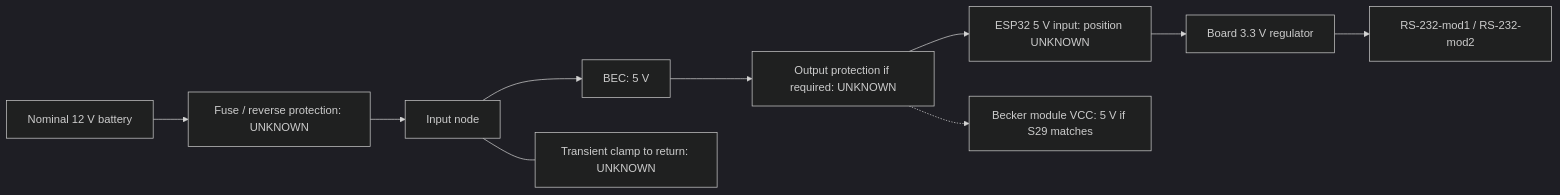
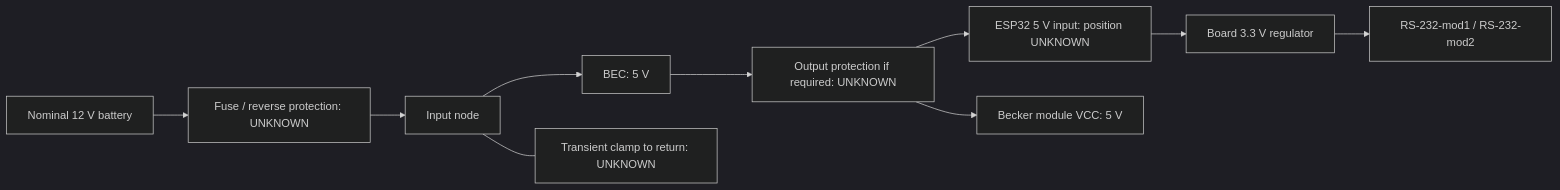
The second of 2 diagrams in docs/connections.md (MomoRC-tech/Becker-AR6201-to-OpenSoar), drawn with Mermaid (dark theme) before and after one commit. The commit also changed other lines of this file and 5 other files, not shown here.

First line of the commit message:
docs: record confirmed RS-422 board schematic

````diff
--- a/docs/connections.md
+++ b/docs/connections.md
@@ -152,10 +152,10 @@
 ```mermaid
 flowchart LR
     S["Nominal 12 V battery"] --> P["Fuse / reverse protection: UNKNOWN"]
     P --> I[Input node] --> B["BEC: 5 V"]
     I --- T["Transient clamp to return: UNKNOWN"]
     B --> V["Output protection if required: UNKNOWN"] --> E["ESP32 5 V input: position UNKNOWN"]
     E --> R[Board 3.3 V regulator]
     R --> C["RS-232-mod1 / RS-232-mod2"]
-    V -.-> Q["Becker module VCC: 5 V if S29 matches"]
+    V --> Q["Becker module VCC: 5 V"]
 ```
````
